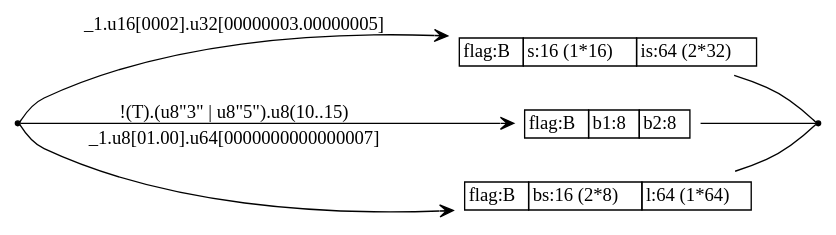
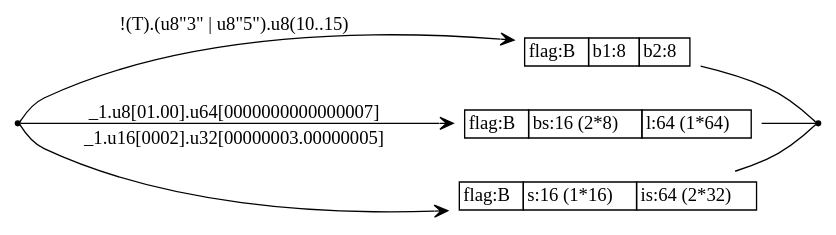
The diagram in src/predunion/complex/predunion-complex-spec.dot (sireum/bitcodec-examples), drawn with Graphviz before and after one commit. The commit also changed 23 other files, not shown here.

```diff
--- a/src/predunion/complex/predunion-complex-spec.dot
+++ b/src/predunion/complex/predunion-complex-spec.dot
@@ -1,30 +1,30 @@
 digraph G {
   rankdir = LR;
   node [shape=plaintext];
   edge [arrowhead=vee];
 
   n0 [shape=point];
   n1 [label=<
-    <TABLE BORDER="0" CELLBORDER="1" CELLSPACING="0" TOOLTIP="Foo.bazz.0" HREF="#">
-      <TR><TD>flag:B</TD><TD>s:16 (1*16)</TD><TD>is:64 (2*32)</TD></TR>
+    <TABLE BORDER="0" CELLBORDER="1" CELLSPACING="0" TOOLTIP="Foo.bazzz" HREF="#">
+      <TR><TD>flag:B</TD><TD>b1:8</TD><TD>b2:8</TD></TR>
     </TABLE>
   >];
   n2 [label=<
-    <TABLE BORDER="0" CELLBORDER="1" CELLSPACING="0" TOOLTIP="Foo.bazzz.0" HREF="#">
-      <TR><TD>flag:B</TD><TD>b1:8</TD><TD>b2:8</TD></TR>
+    <TABLE BORDER="0" CELLBORDER="1" CELLSPACING="0" TOOLTIP="Foo.baz" HREF="#">
+      <TR><TD>flag:B</TD><TD>bs:16 (2*8)</TD><TD>l:64 (1*64)</TD></TR>
     </TABLE>
   >];
   n3 [label=<
-    <TABLE BORDER="0" CELLBORDER="1" CELLSPACING="0" TOOLTIP="Foo.baz.0" HREF="#">
-      <TR><TD>flag:B</TD><TD>bs:16 (2*8)</TD><TD>l:64 (1*64)</TD></TR>
+    <TABLE BORDER="0" CELLBORDER="1" CELLSPACING="0" TOOLTIP="Foo.bazz" HREF="#">
+      <TR><TD>flag:B</TD><TD>s:16 (1*16)</TD><TD>is:64 (2*32)</TD></TR>
     </TABLE>
   >];
   n4 [shape=point];
 
-  n0 -> n1 [label="_1.u16[0002].u32[00000003.00000005]"];
-  n0 -> n2 [label="!(T).(u8\"3\" | u8\"5\").u8(10..15)"];
-  n0 -> n3 [label="_1.u8[01.00].u64[0000000000000007]"];
-  n1 -> n4 [arrowhead=none];
+  n0 -> n1 [label="!(T).(u8\"3\" | u8\"5\").u8(10..15)"];
+  n0 -> n2 [label="_1.u8[01.00].u64[0000000000000007]"];
+  n0 -> n3 [label="_1.u16[0002].u32[00000003.00000005]"];
   n3 -> n4 [arrowhead=none];
   n2 -> n4 [arrowhead=none];
+  n1 -> n4 [arrowhead=none];
 }
```
